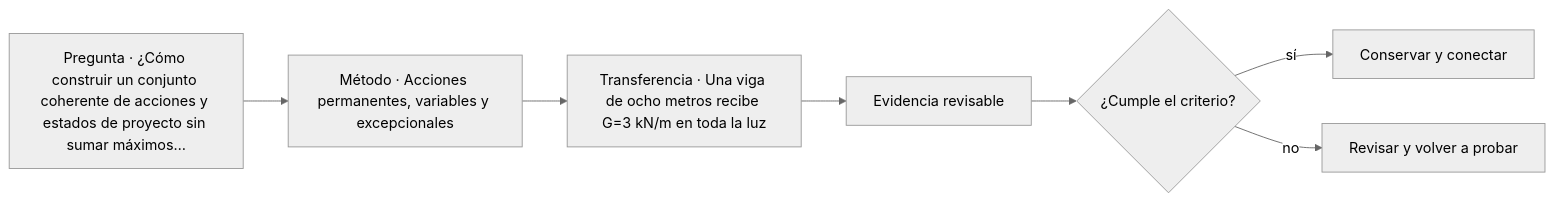
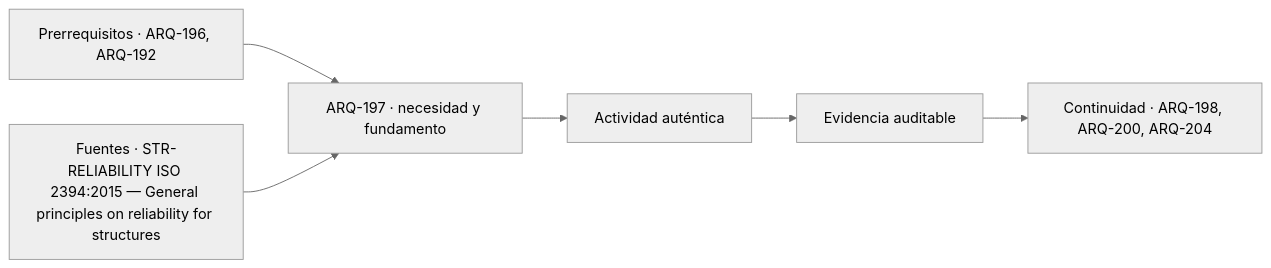
One commit to vladimiracunadev-create/architecture-built-environment-learning-program changed the diagram in classes/parte-20/ARQ-197.md. Above: the diagram before and after it, drawn with Mermaid (neutral theme). The commit also changed other lines of this file and 761 other files, not shown here.

````diff
--- a/classes/parte-20/ARQ-197.md
+++ b/classes/parte-20/ARQ-197.md
@@ -109,9 +121,8 @@
 ```mermaid
 flowchart LR
-    Q["Pregunta · ¿Cómo construir un conjunto coherente de acciones y estados de proyecto sin sumar máximos…"] --> M["Método · Acciones permanentes, variables y excepcionales"]
-    M --> P["Transferencia · Una viga de ocho metros recibe G=3 kN/m en toda la luz"]
-    P --> E["Evidencia revisable"]
-    E --> C{"¿Cumple el criterio?"}
-    C -->|sí| T["Conservar y conectar"]
-    C -->|no| R["Revisar y volver a probar"]
+    A["Prerrequisitos · ARQ-196, ARQ-192"] --> B["ARQ-197 · necesidad y fundamento"]
+    S["Fuentes · STR-RELIABILITY ISO 2394:2015 — General principles on reliability for structures"] --> B
+    B --> C["Actividad auténtica"]
+    C --> D["Evidencia auditable"]
+    D --> E["Continuidad · ARQ-198, ARQ-200, ARQ-204"]
 ```
````
